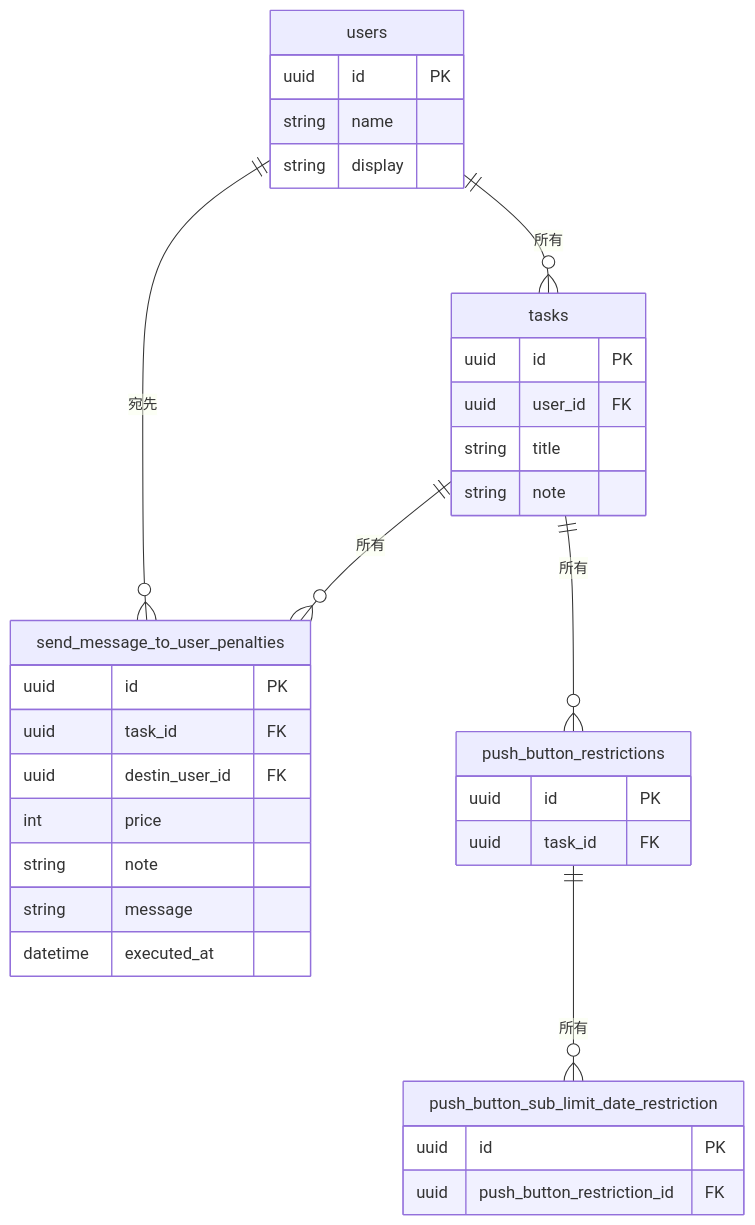
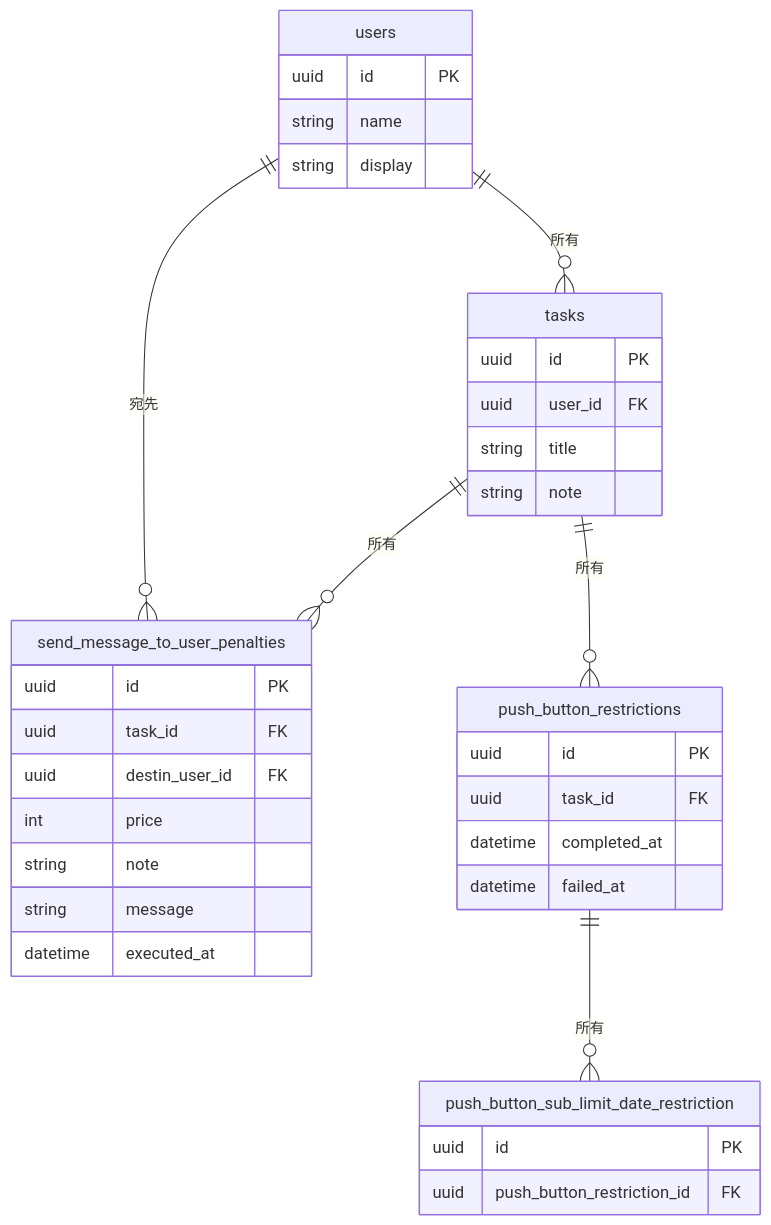
One commit to shoto-kai/Promise-Executioner changed the diagram in api/README.md. Above: the diagram before and after it, drawn with Mermaid.

Commit message:
制約に状態を追加

````diff
--- a/api/README.md
+++ b/api/README.md
@@ -44,42 +44,44 @@
 ```mermaid
 erDiagram
 
     users {
         uuid id PK
         string name
         string display
     }
 
     tasks {
         uuid id PK
         uuid user_id FK
         string title
         string note
     }
     users ||--o{ tasks: "所有"
     
     send_message_to_user_penalties {
         uuid id PK
         uuid task_id FK
         uuid destin_user_id FK
         int price
         string note
         string message
         datetime executed_at
     }
     tasks ||--o{ send_message_to_user_penalties: "所有"
     users ||--o{ send_message_to_user_penalties: "宛先"
 
     push_button_restrictions {
         uuid id PK
         uuid task_id FK
+        datetime completed_at
+        datetime failed_at
     }
     tasks ||--o{ push_button_restrictions: "所有"
 
     push_button_sub_limit_date_restriction {
         uuid id PK
         uuid push_button_restriction_id FK
     }
 
     push_button_restrictions ||--o{ push_button_sub_limit_date_restriction: "所有"
 ```
````
